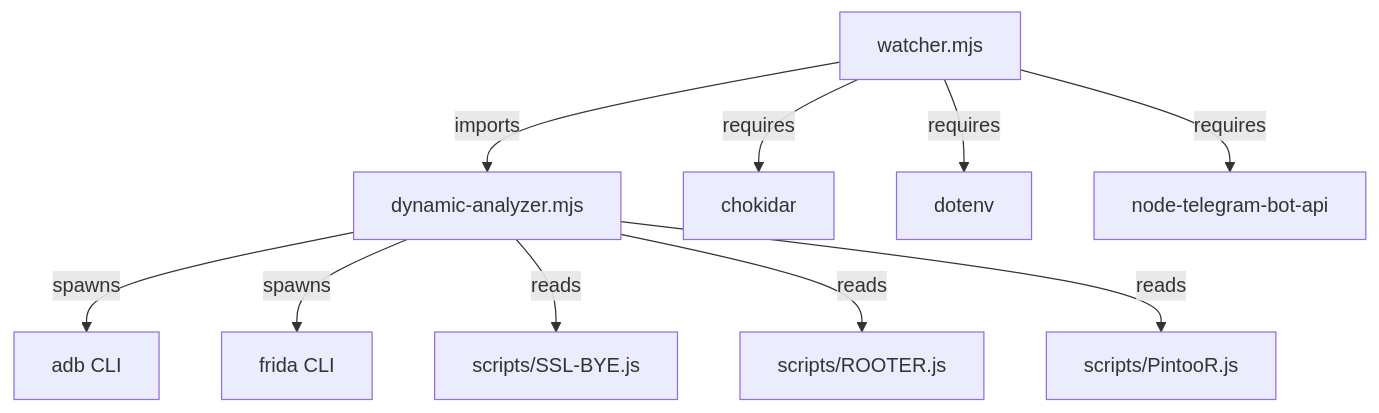
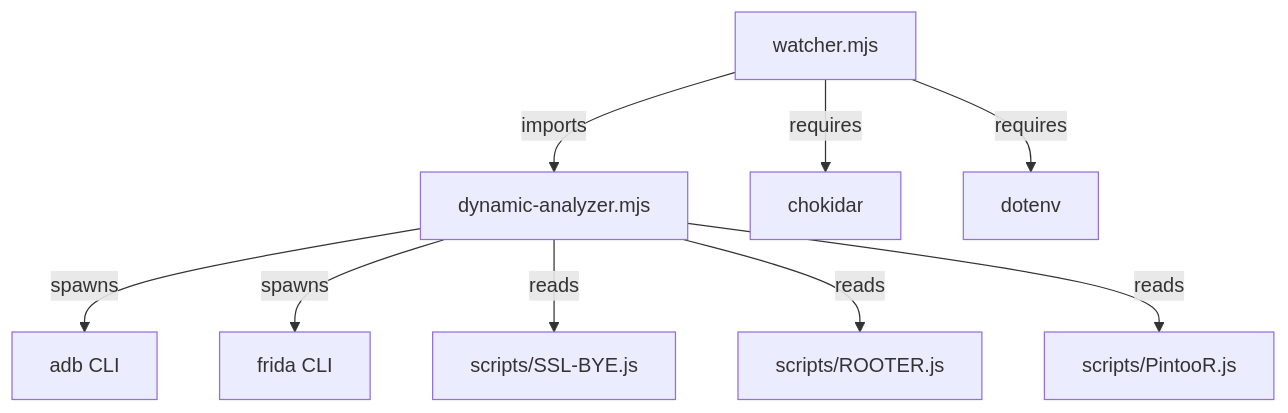
The third of 7 diagrams in ARCHITECTURE.md (chaitanyacyb3r/WORMHOLE-SHINODROID), drawn with Mermaid before and after one commit. The commit also changed other lines of this file and 36 other files, not shown here.

Commit message:
chore: remove Telegram bot, OpenClaw refs, add ReportSanitizer, fix PDF template

````diff
--- a/ARCHITECTURE.md
+++ b/ARCHITECTURE.md
@@ -187,12 +173,11 @@
 ```mermaid
 graph TD
     W[watcher.mjs] -->|imports| DA[dynamic-analyzer.mjs]
     W -->|requires| CHK[chokidar]
     W -->|requires| DOT[dotenv]
-    W -->|requires| TG[node-telegram-bot-api]
     DA -->|spawns| ADB[adb CLI]
     DA -->|spawns| FRIDA[frida CLI]
     DA -->|reads| S1[scripts/SSL-BYE.js]
     DA -->|reads| S2[scripts/ROOTER.js]
     DA -->|reads| S3[scripts/PintooR.js]
 ```
````
